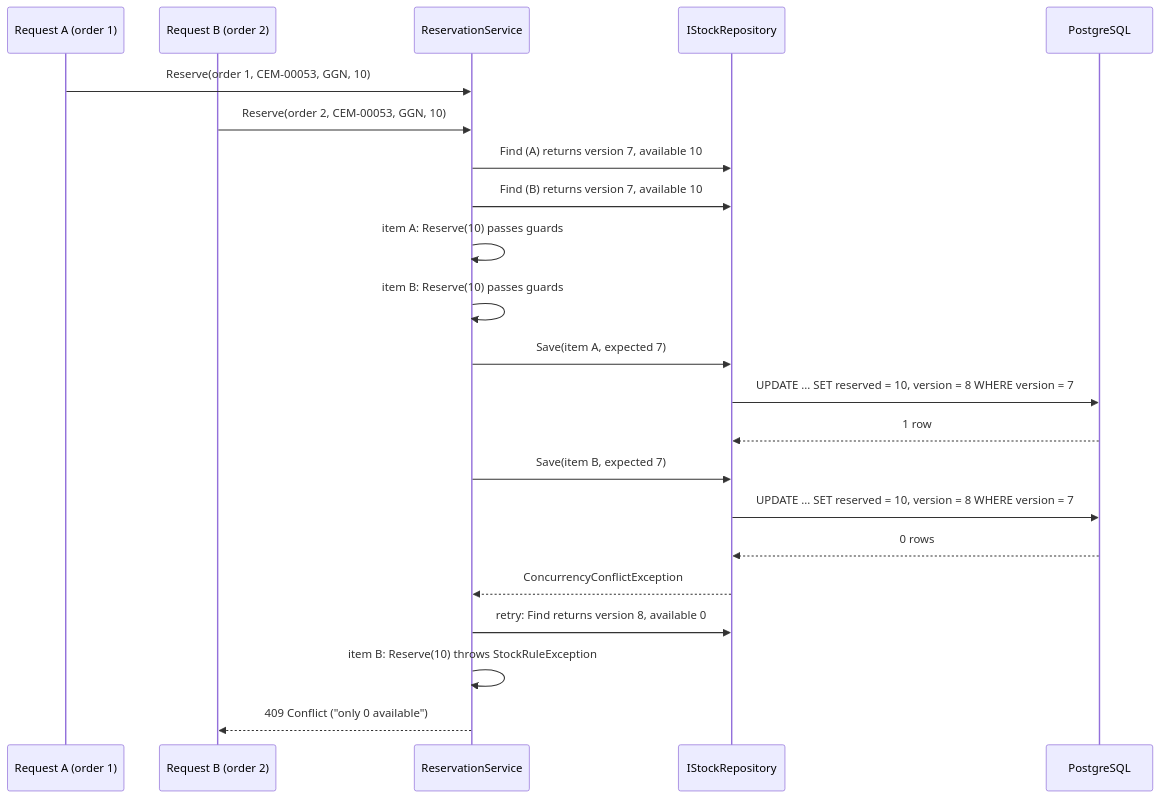
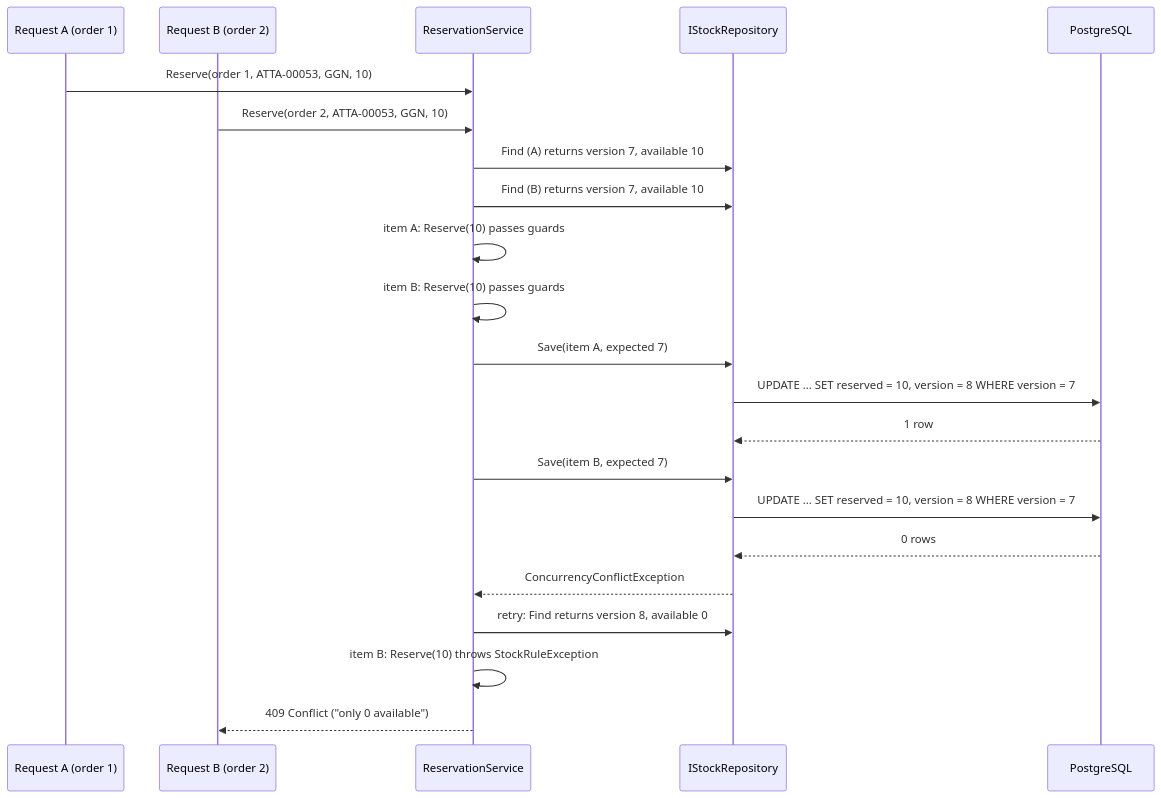
The second of 2 diagrams in content/lessons/m07/m07-encapsulation-invariants.md (rizwi0786/system-design-lab), drawn with Mermaid before and after one commit. The commit also changed other lines of this file and 334 other files, not shown here.

````diff
--- a/content/lessons/m07/m07-encapsulation-invariants.md
+++ b/content/lessons/m07/m07-encapsulation-invariants.md
@@ -316,24 +316,24 @@
 ```mermaid
 sequenceDiagram
     participant A as Request A (order 1)
     participant B as Request B (order 2)
     participant S as ReservationService
     participant R as IStockRepository
     participant DB as PostgreSQL
-    A->>S: Reserve(order 1, CEM-00053, GGN, 10)
-    B->>S: Reserve(order 2, CEM-00053, GGN, 10)
+    A->>S: Reserve(order 1, ATTA-00053, GGN, 10)
+    B->>S: Reserve(order 2, ATTA-00053, GGN, 10)
     S->>R: Find (A) returns version 7, available 10
     S->>R: Find (B) returns version 7, available 10
     S->>S: item A: Reserve(10) passes guards
     S->>S: item B: Reserve(10) passes guards
     S->>R: Save(item A, expected 7)
     R->>DB: UPDATE ... SET reserved = 10, version = 8 WHERE version = 7
     DB-->>R: 1 row
     S->>R: Save(item B, expected 7)
     R->>DB: UPDATE ... SET reserved = 10, version = 8 WHERE version = 7
     DB-->>R: 0 rows
     R-->>S: ConcurrencyConflictException
     S->>R: retry: Find returns version 8, available 0
     S->>S: item B: Reserve(10) throws StockRuleException
     S-->>B: 409 Conflict ("only 0 available")
 ```
````
